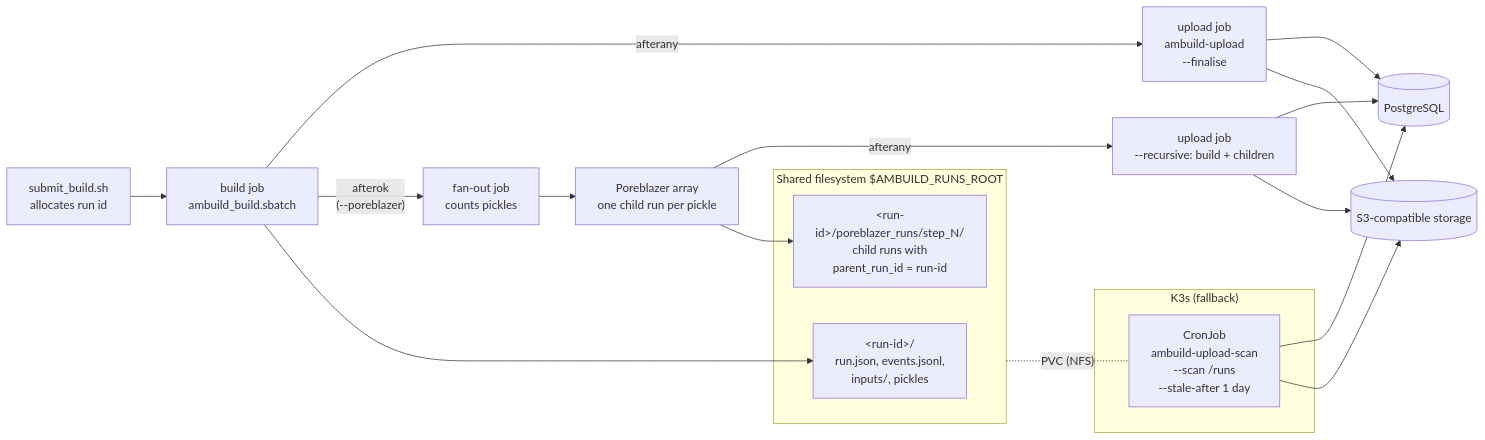
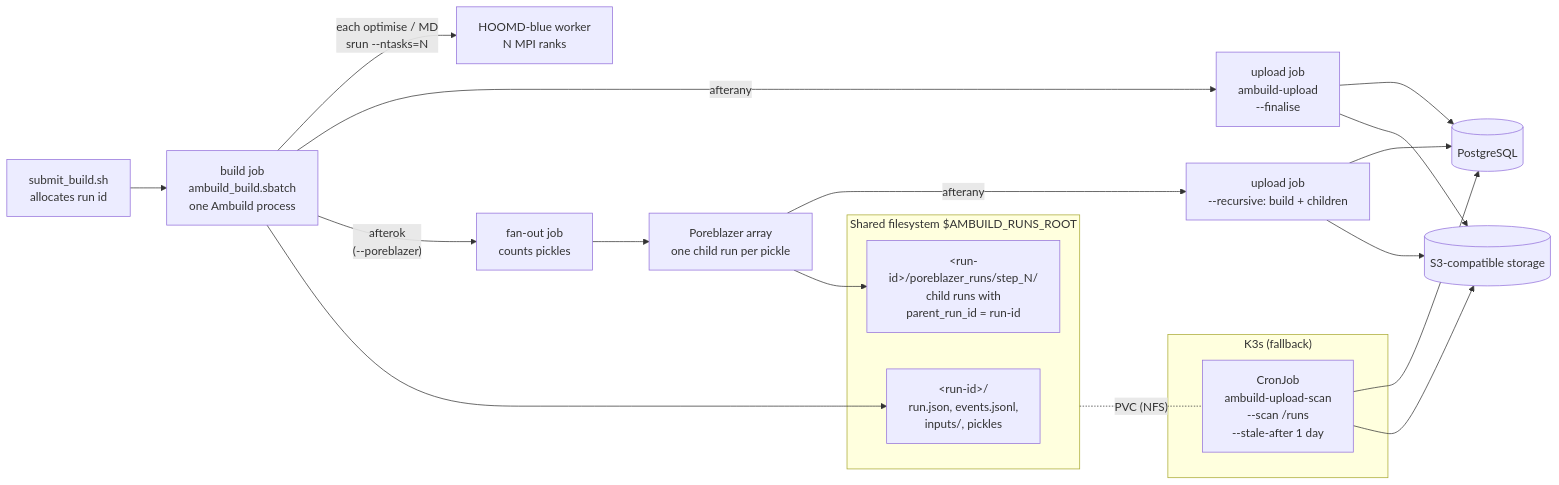
One commit to st7ma784/ambuild changed the third of 3 diagrams in docs/architecture.md. Above: the diagram before and after it, drawn with Mermaid. The commit also changed other lines of this file and 3 other files, not shown here.

Commit message:
Document the MPI HOOMD launcher and plan for scaling many runs

````diff
--- a/docs/architecture.md
+++ b/docs/architecture.md
@@ -95,27 +95,28 @@
 ```mermaid
 flowchart LR
-    submit["submit_build.sh<br/>allocates run id"] --> build["build job<br/>ambuild_build.sbatch"]
+    submit["submit_build.sh<br/>allocates run id"] --> build["build job<br/>ambuild_build.sbatch<br/>one Ambuild process"]
+    build -- "each optimise / MD<br/>srun --ntasks=N" --> worker["HOOMD-blue worker<br/>N MPI ranks"]
     build -- "afterany" --> up1["upload job<br/>ambuild-upload<br/>--finalise"]
     build -- "afterok<br/>(--poreblazer)" --> fanout["fan-out job<br/>counts pickles"]
     fanout --> array["Poreblazer array<br/>one child run per pickle"]
     array -- "afterany" --> up2["upload job<br/>--recursive: build + children"]
 
     subgraph shared["Shared filesystem  $AMBUILD_RUNS_ROOT"]
         rd["&lt;run-id&gt;/<br/>run.json, events.jsonl,<br/>inputs/, pickles"]
         child["&lt;run-id&gt;/poreblazer_runs/step_N/<br/>child runs with<br/>parent_run_id = run-id"]
     end
     build --> rd
     array --> child
 
     subgraph k3s["K3s (fallback)"]
         cron["CronJob<br/>ambuild-upload-scan<br/>--scan /runs<br/>--stale-after 1 day"]
     end
     shared -. "PVC (NFS)" .- cron
 
     up1 --> pg[("PostgreSQL")]
     up2 --> pg
     cron --> pg
     up1 --> s3[("S3-compatible storage")]
     up2 --> s3
     cron --> s3
 ```
````
